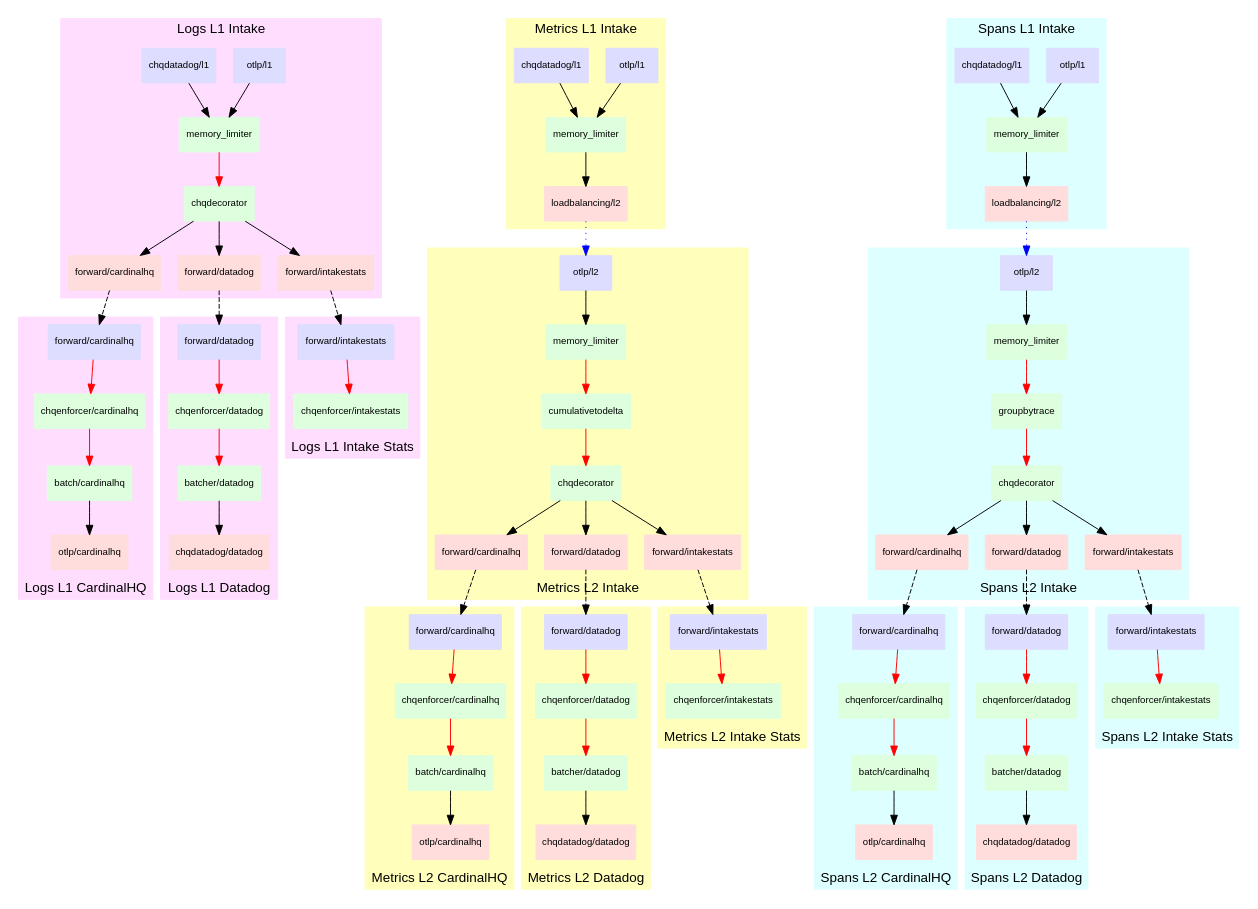
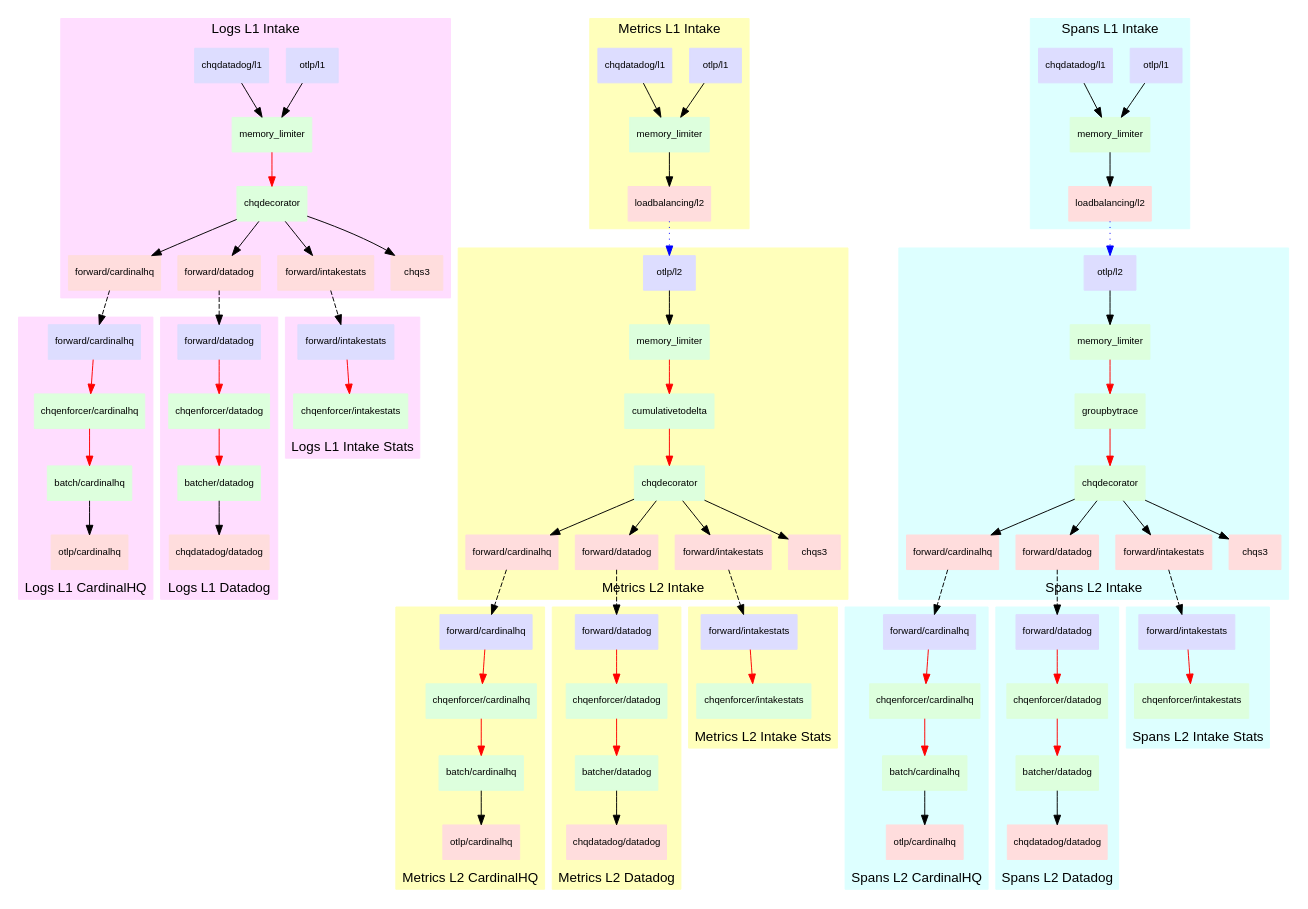
Before and after one commit to cardinalhq/cardinalhq-otel-collector: the diagram in docs/flow/flow.dot, drawn with Graphviz. The commit also changed 12 other files, not shown here.

Commit message:
update flow to include chqs3

```diff
--- a/docs/flow/flow.dot
+++ b/docs/flow/flow.dot
@@ -35,13 +35,15 @@
         c1_forwarder_cardinalhq [label="forward/cardinalhq" color="#ffdddd"];
         c1_forwarder_datadog [label="forward/datadog" color="#ffdddd"];
         c1_forwarder_stats [label="forward/intakestats" color="#ffdddd"];
-        
+        c1_chqs3 [label="chqs3" color="#ffdddd"];
+         
         c1_receiver_datadog -> c1_memory_limiter;
         c1_receiver_otlp -> c1_memory_limiter;
         c1_memory_limiter -> c1_chqdecorator [color=red];
         c1_chqdecorator -> c1_forwarder_datadog;
         c1_chqdecorator -> c1_forwarder_cardinalhq;
         c1_chqdecorator -> c1_forwarder_stats;
+        c1_chqdecorator -> c1_chqs3;
     }
 
     subgraph cluster_2 {
@@ -129,6 +131,7 @@
         c5_forwarder_cardinalhq [label="forward/cardinalhq" color="#ffdddd"];
         c5_forwarder_datadog [label="forward/datadog" color="#ffdddd"];
         c5_forwarder_stats [label="forward/intakestats" color="#ffdddd"];
+        c5_chqs3 [label="chqs3" color="#ffdddd"];
 
         c5_receiver_otlp -> c5_memory_limiter;
         c5_memory_limiter -> c5_cumulativetodelta [color=red];
@@ -136,6 +139,7 @@
         c5_chqdecorator -> c5_forwarder_cardinalhq;
         c5_chqdecorator -> c5_forwarder_datadog;
         c5_chqdecorator -> c5_forwarder_stats;
+        c5_chqdecorator -> c5_chqs3;
     }
 
     subgraph cluster_201 {
@@ -223,6 +227,7 @@
         c9_forwarder_cardinalhq [label="forward/cardinalhq" color="#ffdddd"];
         c9_forwarder_datadog [label="forward/datadog" color="#ffdddd"];
         c9_forwarder_stats [label="forward/intakestats" color="#ffdddd"];
+        c9_chqs3 [label="chqs3" color="#ffdddd"];
 
         c9_receiver_otlp -> c9_memory_limiter;
         c9_memory_limiter -> c9_groupbytrace [color=red];
@@ -230,6 +235,7 @@
         c9_chqdecorator -> c9_forwarder_cardinalhq;
         c9_chqdecorator -> c9_forwarder_datadog;
         c9_chqdecorator -> c9_forwarder_stats;
+        c9_chqdecorator -> c9_chqs3;
     }
 
     subgraph cluster_401 {
```
